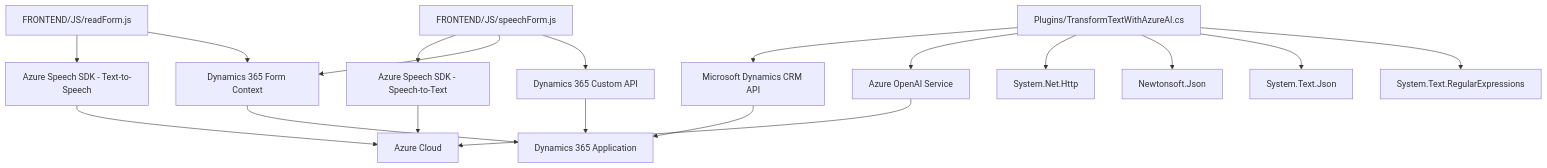
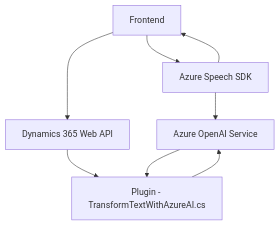
One commit to blopezdm/NETCORE_BILBAO2025 changed the diagram in README.md. Above: the diagram before and after it, drawn with Mermaid. The commit also changed other lines of this file, not shown here.

````diff
--- a/README.md
+++ b/README.md
@@ -59,23 +42,16 @@
 ```mermaid
 graph TD
-    A["FRONTEND/JS/readForm.js"] --> B["Azure Speech SDK - Text-to-Speech"]
-    A --> C["Dynamics 365 Form Context"]
+    A["Frontend"]
+    B["Azure Speech SDK"]
+    C["Azure OpenAI Service"]
+    D["Dynamics 365 Web API"]
+    E["Plugin - TransformTextWithAzureAI.cs"]
 
-    D["FRONTEND/JS/speechForm.js"] --> E["Azure Speech SDK - Speech-to-Text"]
-    D --> C
-    D --> F["Dynamics 365 Custom API"]
-
-    G["Plugins/TransformTextWithAzureAI.cs"] --> H["Microsoft Dynamics CRM API"]
-    G --> I["Azure OpenAI Service"]
-    G --> J["System.Net.Http"]
-    G --> K["Newtonsoft.Json"]
-    G --> L["System.Text.Json"]
-    G --> M["System.Text.RegularExpressions"]
-
-    C --> Dynamics["Dynamics 365 Application"]
-    H --> Dynamics
-    F --> Dynamics
-    I --> ExternalServices["Azure Cloud"]
-    B --> ExternalServices
-    E --> ExternalServices
+    A --> B
+    A --> D
+    B --> A
+    B --> C
+    D --> E
+    E --> C
+    C --> E
 ```
````
